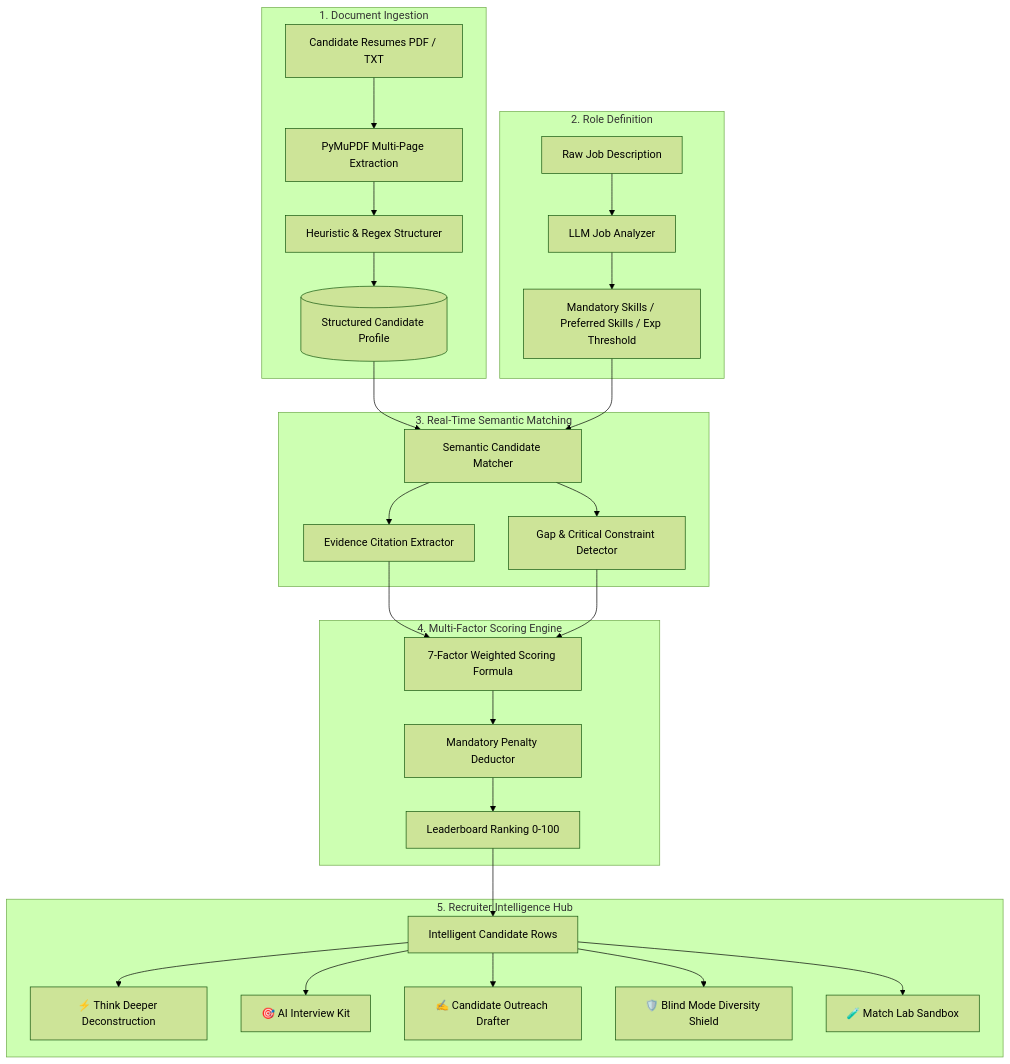
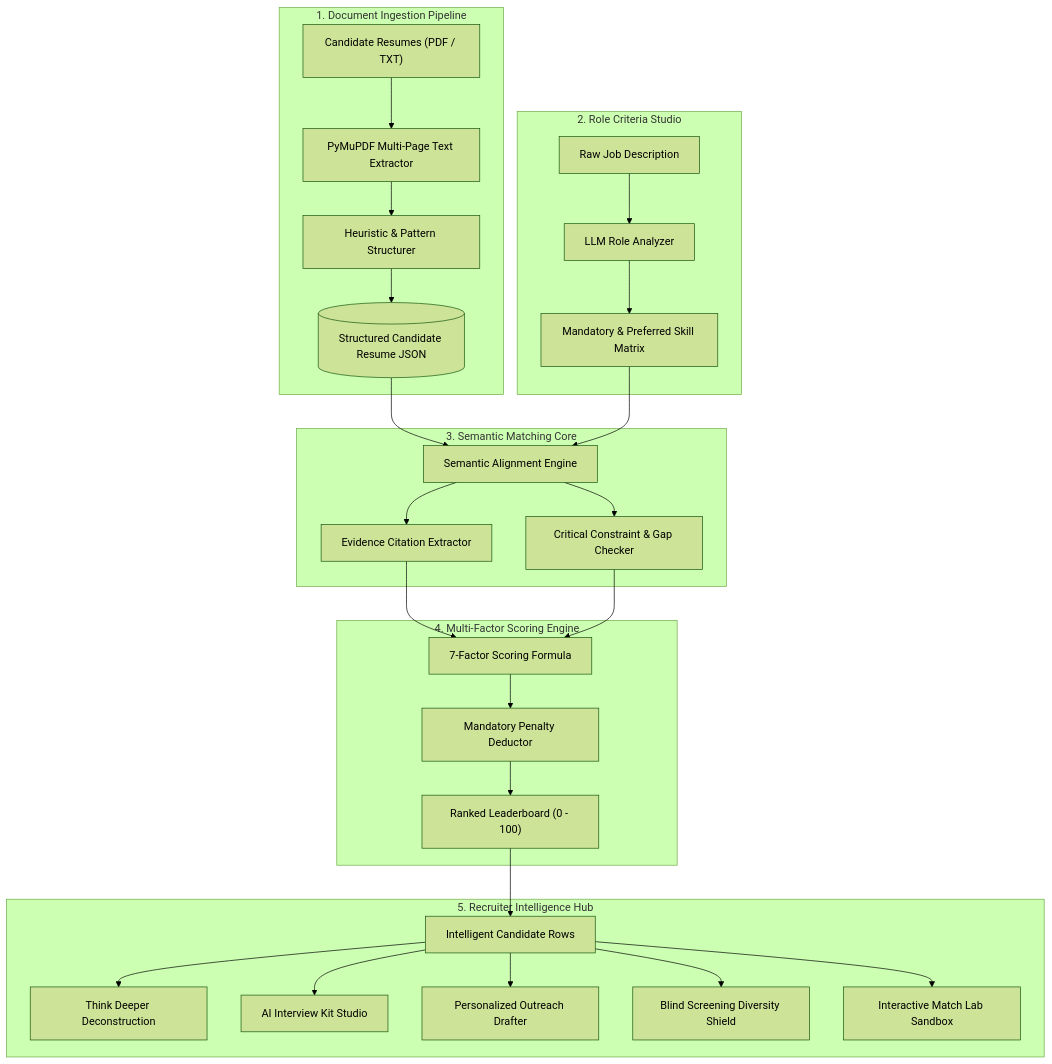
One commit to MrAlhm/ResumeScreener changed the diagram in README.md. Above: the diagram before and after it, drawn with Mermaid (forest theme). The commit also changed other lines of this file and 1 other file, not shown here.

Commit message:
docs: Fix Mermaid architecture diagram and add comprehensive 5-method End-to-End Deployment Guide with render.yaml

````diff
--- a/README.md
+++ b/README.md
@@ -68,34 +77,36 @@
 ```mermaid
 flowchart TD
-    subgraph INGESTION["1. Document Ingestion"]
-        A[Candidate Resumes PDF / TXT] --> B[PyMuPDF Multi-Page Extraction]
-        B --> C[Heuristic & Regex Structurer]
-        C --> D[(Structured Candidate Profile)]
+    subgraph INGESTION["1. Document Ingestion Pipeline"]
+        A["Candidate Resumes (PDF / TXT)"] --> B["PyMuPDF Multi-Page Text Extractor"]
+        B --> C["Heuristic & Pattern Structurer"]
+        C --> D[("Structured Candidate Resume JSON")]
     end
 
-    subgraph JOB_STUDIO["2. Role Definition"]
-        E[Raw Job Description] --> F[LLM Job Analyzer]
-        F --> G[Mandatory Skills / Preferred Skills / Exp Threshold]
+    subgraph JOB_STUDIO["2. Role Criteria Studio"]
+        E["Raw Job Description"] --> F["LLM Role Analyzer"]
+        F --> G["Mandatory & Preferred Skill Matrix"]
     end
 
-    subgraph AI_SCREENING["3. Real-Time Semantic Matching"]
-        D & G --> H[Semantic Candidate Matcher]
-        H --> I[Evidence Citation Extractor]
-        H --> J[Gap & Critical Constraint Detector]
+    subgraph AI_SCREENING["3. Semantic Matching Core"]
+        D --> H["Semantic Alignment Engine"]
+        G --> H
+        H --> I["Evidence Citation Extractor"]
+        H --> J["Critical Constraint & Gap Checker"]
     end
 
     subgraph SCORING["4. Multi-Factor Scoring Engine"]
-        I & J --> K[7-Factor Weighted Scoring Formula]
-        K --> L[Mandatory Penalty Deductor]
-        L --> M[Leaderboard Ranking 0-100]
+        I --> K["7-Factor Scoring Formula"]
+        J --> K
+        K --> L["Mandatory Penalty Deductor"]
+        L --> M["Ranked Leaderboard (0 - 100)"]
     end
 
     subgraph RECRUITER_WORKSPACE["5. Recruiter Intelligence Hub"]
-        M --> N[Intelligent Candidate Rows]
-        N --> O[⚡ Think Deeper Deconstruction]
-        N --> P[🎯 AI Interview Kit]
-        N --> Q[✍️ Candidate Outreach Drafter]
-        N --> R[🛡️ Blind Mode Diversity Shield]
-        N --> S[🧪 Match Lab Sandbox]
+        M --> N["Intelligent Candidate Rows"]
+        N --> O["Think Deeper Deconstruction"]
+        N --> P["AI Interview Kit Studio"]
+        N --> Q["Personalized Outreach Drafter"]
+        N --> R["Blind Screening Diversity Shield"]
+        N --> S["Interactive Match Lab Sandbox"]
     end
 ```
````
